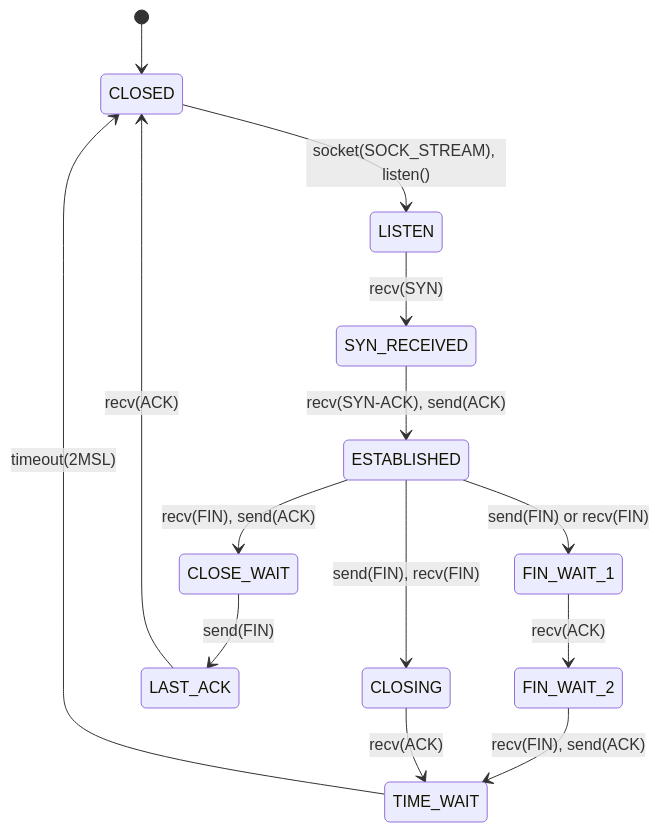
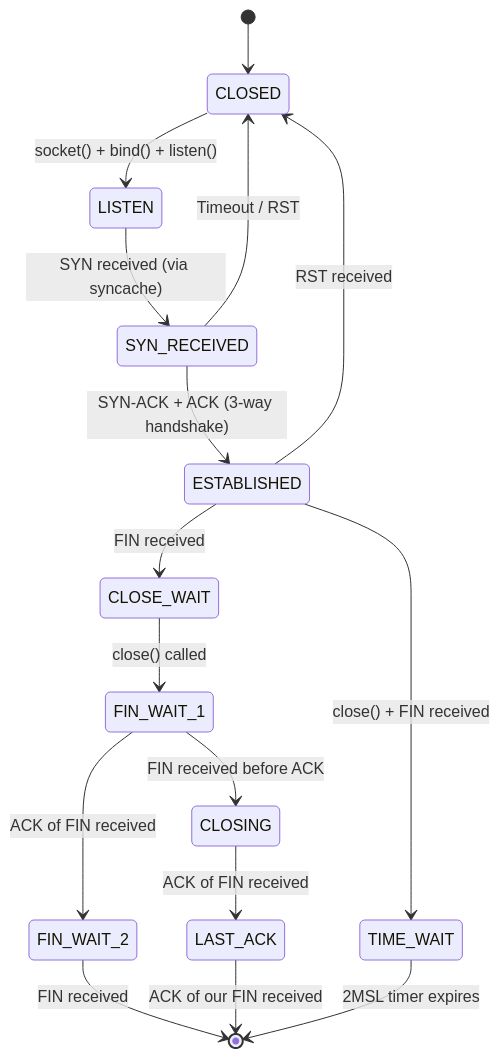
The first of 3 diagrams in sys/netinet/README_transport.md (ocochard/freebsd-src), drawn with Mermaid before and after one commit. The commit also changed other lines of this file and 26 other files, not shown here.

````diff
--- a/sys/netinet/README_transport.md
+++ b/sys/netinet/README_transport.md
@@ -276,16 +495,18 @@
 ```mermaid
 stateDiagram-v2
     [*] --> CLOSED
-    CLOSED --> LISTEN: socket(SOCK_STREAM), listen()
-    LISTEN --> SYN_RECEIVED: recv(SYN)
-    SYN_RECEIVED --> ESTABLISHED: recv(SYN-ACK), send(ACK)
-    ESTABLISHED --> FIN_WAIT_1: send(FIN) or recv(FIN)
-    FIN_WAIT_1 --> FIN_WAIT_2: recv(ACK)
-    FIN_WAIT_2 --> TIME_WAIT: recv(FIN), send(ACK)
-    TIME_WAIT --> CLOSED: timeout(2MSL)
-    ESTABLISHED --> CLOSE_WAIT: recv(FIN), send(ACK)
-    CLOSE_WAIT --> LAST_ACK: send(FIN)
-    LAST_ACK --> CLOSED: recv(ACK)
-    ESTABLISHED --> CLOSING: send(FIN), recv(FIN)
-    CLOSING --> TIME_WAIT: recv(ACK)
+    CLOSED --> LISTEN: socket() + bind() + listen()
+    LISTEN --> SYN_RECEIVED: SYN received (via syncache)
+    SYN_RECEIVED --> ESTABLISHED: SYN-ACK + ACK (3-way handshake)
+    ESTABLISHED --> CLOSE_WAIT: FIN received
+    CLOSE_WAIT --> FIN_WAIT_1: close() called
+    FIN_WAIT_1 --> FIN_WAIT_2: ACK of FIN received
+    FIN_WAIT_2 --> [*]: FIN received
+    FIN_WAIT_1 --> CLOSING: FIN received before ACK
+    CLOSING --> LAST_ACK: ACK of FIN received
+    LAST_ACK --> [*]: ACK of our FIN received
+    ESTABLISHED --> TIME_WAIT: close() + FIN received
+    TIME_WAIT --> [*]: 2MSL timer expires
+    SYN_RECEIVED --> CLOSED: Timeout / RST
+    ESTABLISHED --> CLOSED: RST received
 ```
````
